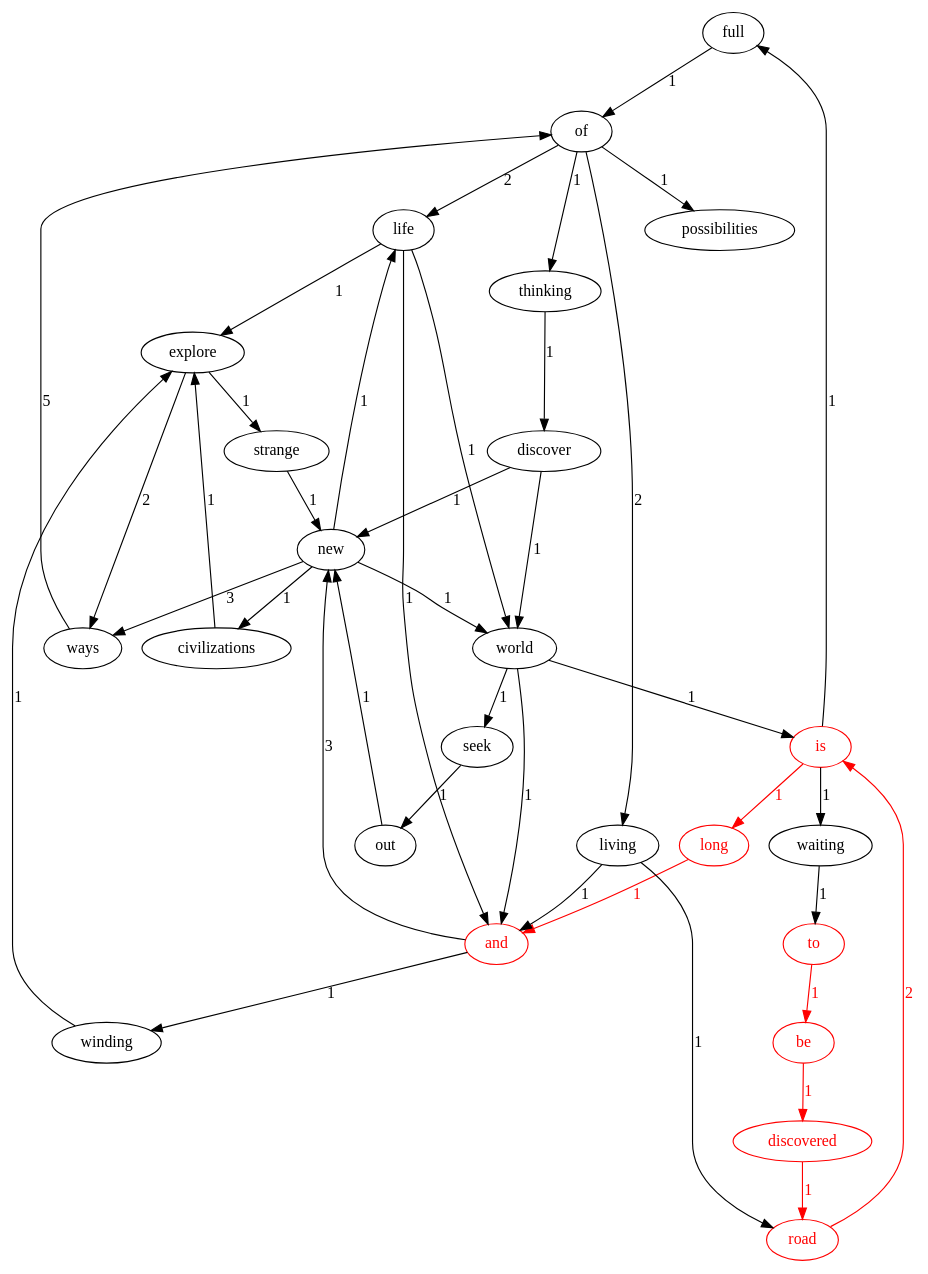
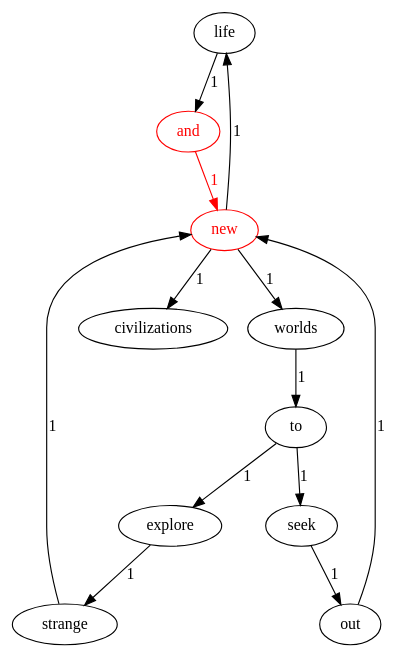
The diagram in directed-graph.dot (Moonlight0124/Lab1-2021111902), drawn with Graphviz before and after one commit. The commit also changed 19 other files, not shown here.

```diff
--- a/directed-graph.dot
+++ b/directed-graph.dot
@@ -1,65 +1,24 @@
 digraph G {
-    "full";
-    "long" [color="red", fontcolor="red"];
+    "life";
+    "new" [color="red", fontcolor="red"];
     "explore";
-    "possibilities";
-    "world";
-    "be" [color="red", fontcolor="red"];
-    "seek";
-    "is" [color="red", fontcolor="red"];
-    "winding";
-    "of";
-    "discovered" [color="red", fontcolor="red"];
+    "to";
     "and" [color="red", fontcolor="red"];
-    "new";
-    "discover";
     "strange";
-    "ways";
-    "road" [color="red", fontcolor="red"];
-    "waiting";
-    "to" [color="red", fontcolor="red"];
-    "life";
+    "worlds";
     "out";
     "civilizations";
-    "thinking";
-    "living";
-    "full" -> "of" [label="1"];
-    "long" -> "and" [label="1", color="red", fontcolor="red"];
+    "seek";
+    "life" -> "and" [label="1"];
+    "new" -> "life" [label="1"];
+    "new" -> "worlds" [label="1"];
+    "new" -> "civilizations" [label="1"];
     "explore" -> "strange" [label="1"];
-    "explore" -> "ways" [label="2"];
-    "world" -> "seek" [label="1"];
-    "world" -> "is" [label="1"];
-    "world" -> "and" [label="1"];
-    "be" -> "discovered" [label="1", color="red", fontcolor="red"];
+    "to" -> "explore" [label="1"];
+    "to" -> "seek" [label="1"];
+    "and" -> "new" [label="1", color="red", fontcolor="red"];
+    "strange" -> "new" [label="1"];
+    "worlds" -> "to" [label="1"];
+    "out" -> "new" [label="1"];
     "seek" -> "out" [label="1"];
-    "is" -> "full" [label="1"];
-    "is" -> "long" [label="1", color="red", fontcolor="red"];
-    "is" -> "waiting" [label="1"];
-    "winding" -> "explore" [label="1"];
-    "of" -> "possibilities" [label="1"];
-    "of" -> "life" [label="2"];
-    "of" -> "thinking" [label="1"];
-    "of" -> "living" [label="2"];
-    "discovered" -> "road" [label="1", color="red", fontcolor="red"];
-    "and" -> "winding" [label="1"];
-    "and" -> "new" [label="3"];
-    "new" -> "world" [label="1"];
-    "new" -> "ways" [label="3"];
-    "new" -> "life" [label="1"];
-    "new" -> "civilizations" [label="1"];
-    "discover" -> "world" [label="1"];
-    "discover" -> "new" [label="1"];
-    "strange" -> "new" [label="1"];
-    "ways" -> "of" [label="5"];
-    "road" -> "is" [label="2", color="red", fontcolor="red"];
-    "waiting" -> "to" [label="1"];
-    "to" -> "be" [label="1", color="red", fontcolor="red"];
-    "life" -> "explore" [label="1"];
-    "life" -> "world" [label="1"];
-    "life" -> "and" [label="1"];
-    "out" -> "new" [label="1"];
-    "civilizations" -> "explore" [label="1"];
-    "thinking" -> "discover" [label="1"];
-    "living" -> "road" [label="1"];
-    "living" -> "and" [label="1"];
 }
```
